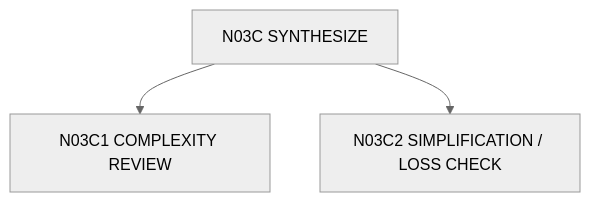
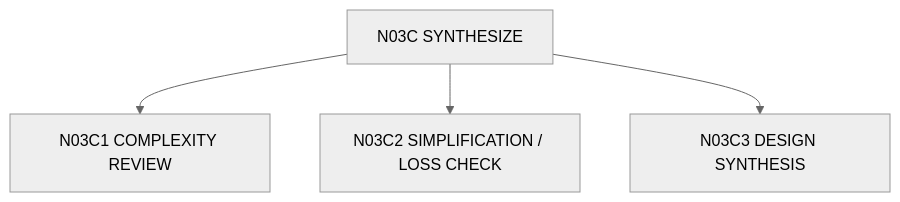
One commit to Jiaosong/Design changed the third of 3 diagrams in product-docs/v0.3/nodes/N03C_SYNTHESIZE.md. Above: the diagram before and after it, drawn with Mermaid (neutral theme). The commit also changed other lines of this file and 71 other files, not shown here.

````diff
--- a/product-docs/v0.3/nodes/N03C_SYNTHESIZE.md
+++ b/product-docs/v0.3/nodes/N03C_SYNTHESIZE.md
@@ -63,6 +71,7 @@
 ```mermaid
 flowchart TB
     P[N03C SYNTHESIZE]
     P --> N03C1[N03C1 COMPLEXITY REVIEW]
     P --> N03C2[N03C2 SIMPLIFICATION / LOSS CHECK]
+    P --> N03C3[N03C3 DESIGN SYNTHESIS]
 ```
````
